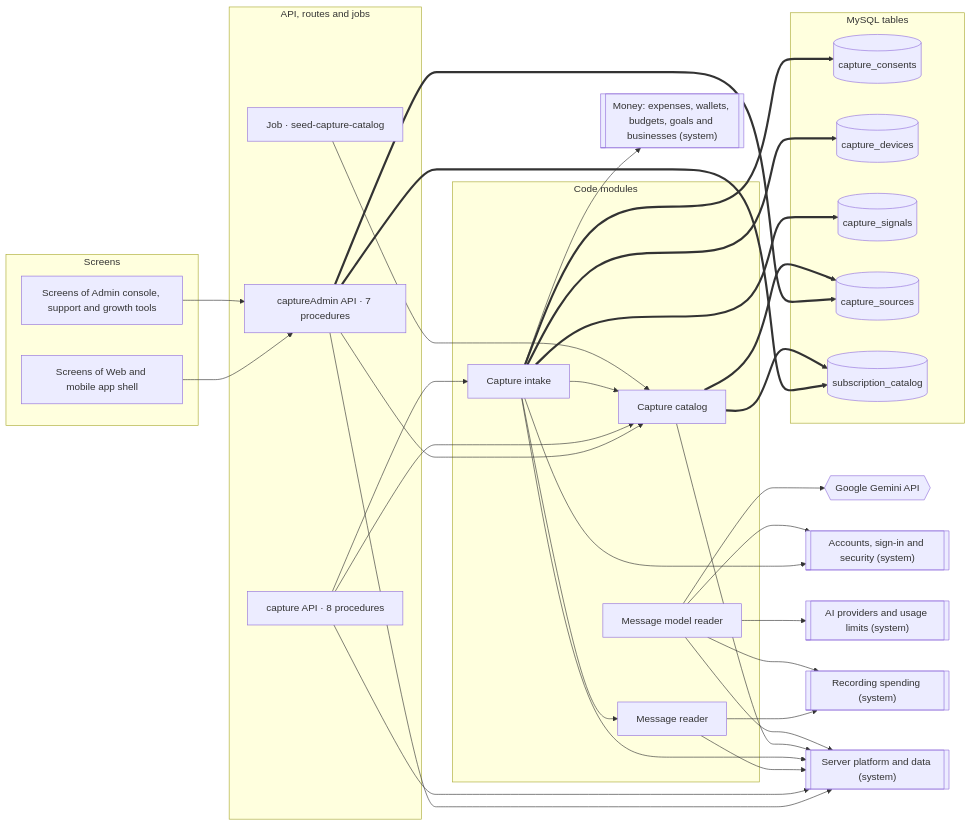
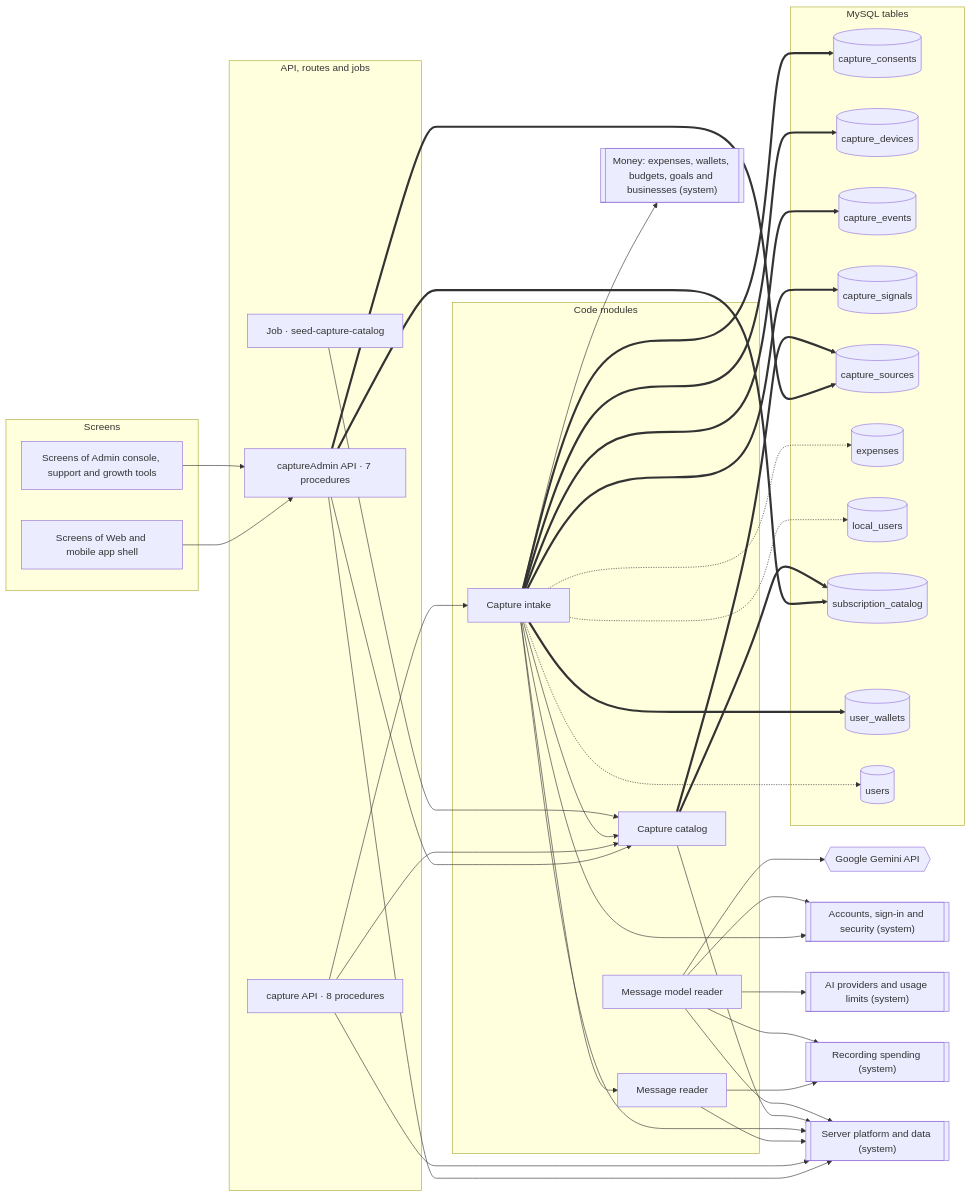
One commit to mahmoudtaherr111/smartspend_mini_all changed the diagram in docs/atlas/systems/bank-messages.md. Above: the diagram before and after it, drawn with Mermaid. The commit also changed other lines of this file and 55 other files, not shown here.

First line of the commit message:
feat(capture): one payment, one event (merging, refunds, wallets)

````diff
--- a/docs/atlas/systems/bank-messages.md
+++ b/docs/atlas/systems/bank-messages.md
@@ -13,59 +13,69 @@
 ```mermaid
 flowchart LR
   subgraph g_screens["Screens"]
     screens_admin["Screens of Admin console, support and growth tools"]
     screens_web_app["Screens of Web and mobile app shell"]
   end
   subgraph g_api["API, routes and jobs"]
     job_seed_capture_catalog["Job · seed-capture-catalog"]
     router_captureAdmin["captureAdmin API · 7 procedures"]
     router_capture["capture API · 8 procedures"]
   end
   subgraph g_modules["Code modules"]
     mod_capture_ai_reader["Message model reader"]
     mod_capture_catalog["Capture catalog"]
     mod_capture_intake["Capture intake"]
     mod_capture_reader["Message reader"]
   end
   subgraph g_tables["MySQL tables"]
     tbl_capture_consents[("capture_consents")]
     tbl_capture_devices[("capture_devices")]
+    tbl_capture_events[("capture_events")]
     tbl_capture_signals[("capture_signals")]
     tbl_capture_sources[("capture_sources")]
+    tbl_expenses[("expenses")]
+    tbl_local_users[("local_users")]
     tbl_subscription_catalog[("subscription_catalog")]
+    tbl_user_wallets[("user_wallets")]
+    tbl_users[("users")]
   end
   ext_gemini{{"Google Gemini API"}}
   sys_accounts[["Accounts, sign-in and security (system)"]]
   sys_ai_platform[["AI providers and usage limits (system)"]]
   sys_expense_capture[["Recording spending (system)"]]
   sys_money[["Money: expenses, wallets, budgets, goals and businesses (system)"]]
   sys_platform[["Server platform and data (system)"]]
   job_seed_capture_catalog --> mod_capture_catalog
   mod_capture_ai_reader --> ext_gemini
   mod_capture_ai_reader --> sys_accounts
   mod_capture_ai_reader --> sys_ai_platform
   mod_capture_ai_reader --> sys_expense_capture
   mod_capture_ai_reader --> sys_platform
   mod_capture_catalog --> sys_platform
   mod_capture_catalog ==> tbl_capture_sources
   mod_capture_catalog ==> tbl_subscription_catalog
   mod_capture_intake --> mod_capture_catalog
   mod_capture_intake --> mod_capture_reader
   mod_capture_intake --> sys_accounts
   mod_capture_intake --> sys_money
   mod_capture_intake --> sys_platform
+  mod_capture_intake -.-> tbl_expenses
+  mod_capture_intake -.-> tbl_local_users
+  mod_capture_intake -.-> tbl_users
   mod_capture_intake ==> tbl_capture_consents
   mod_capture_intake ==> tbl_capture_devices
+  mod_capture_intake ==> tbl_capture_events
   mod_capture_intake ==> tbl_capture_signals
+  mod_capture_intake ==> tbl_user_wallets
   mod_capture_reader --> sys_expense_capture
   mod_capture_reader --> sys_platform
   router_capture --> mod_capture_catalog
   router_capture --> mod_capture_intake
   router_capture --> sys_platform
   router_captureAdmin --> mod_capture_catalog
   router_captureAdmin --> sys_platform
   router_captureAdmin ==> tbl_capture_sources
   router_captureAdmin ==> tbl_subscription_catalog
   screens_admin --> router_captureAdmin
   screens_web_app --> router_captureAdmin
 ```
````
